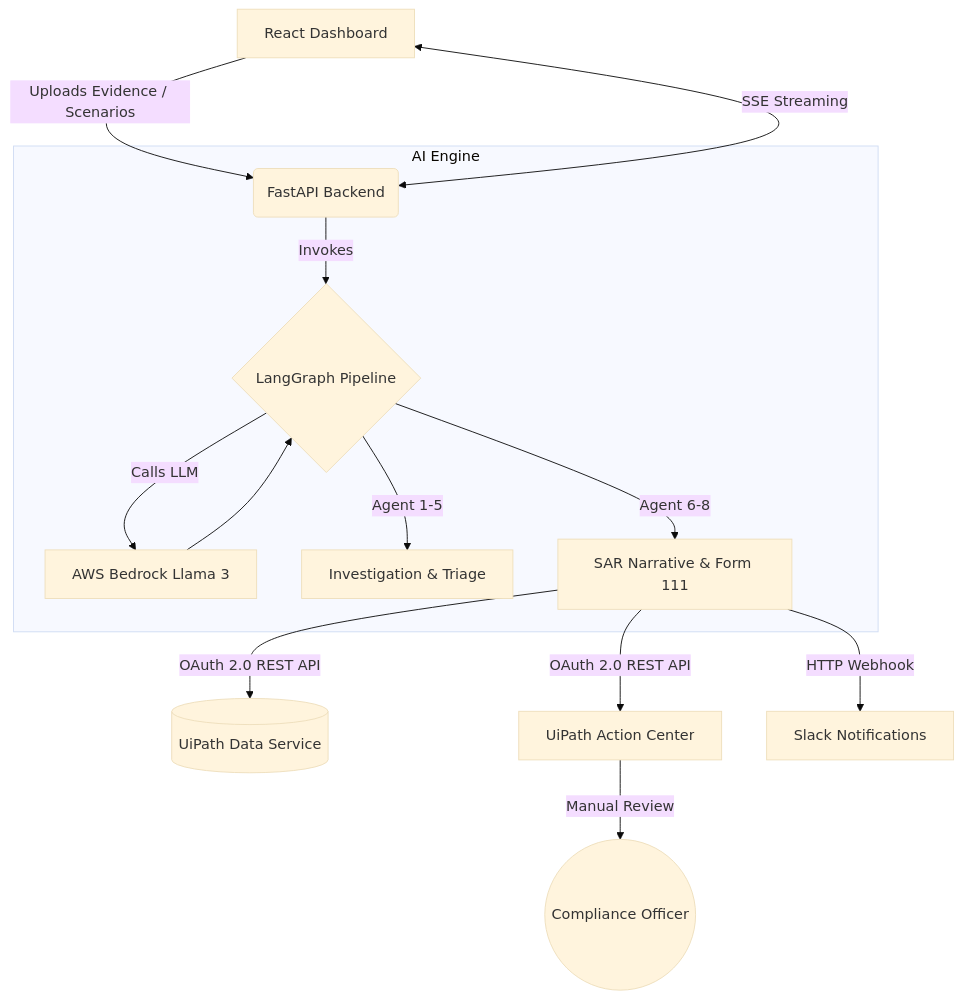
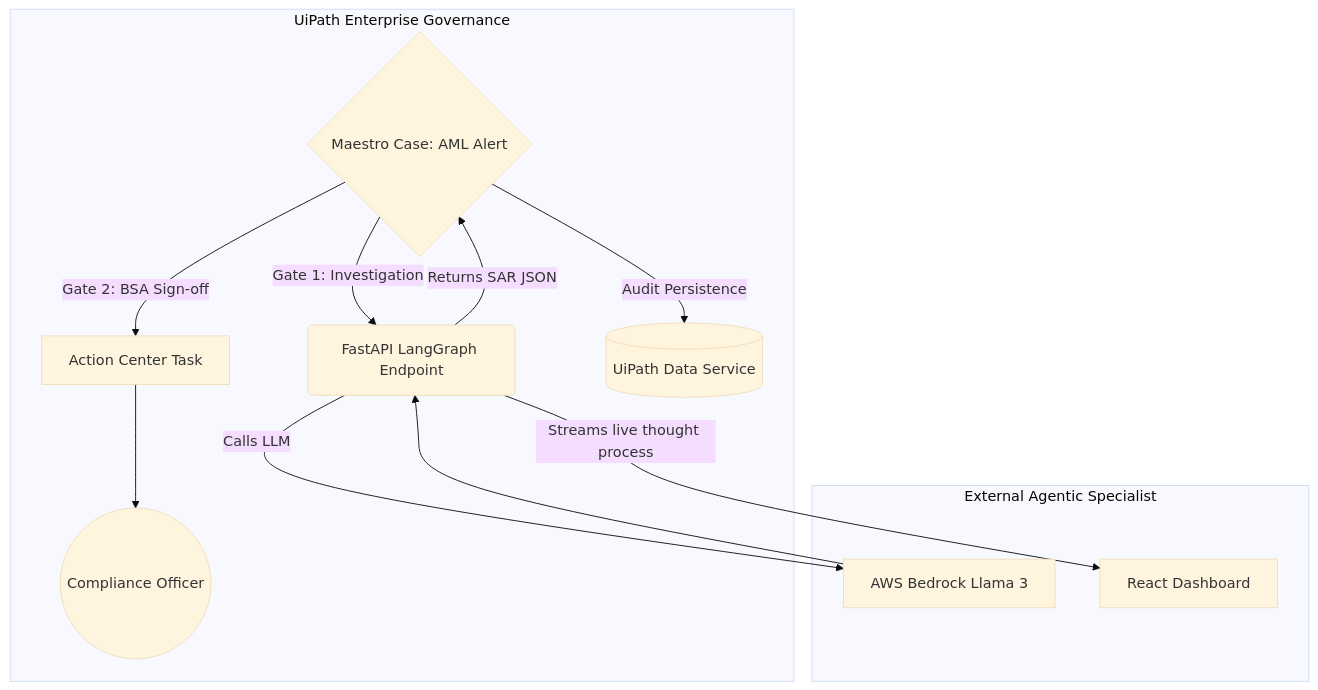
The diagram in README.md (anilchowdary07/SentinelFin), drawn with Mermaid (base theme) before and after one commit. The commit also changed other lines of this file and 2 other files, not shown here.

Commit message:
docs: redraw governed architecture diagram and extract coding agent bonus evidence

````diff
--- a/README.md
+++ b/README.md
@@ -25,19 +25,21 @@
 ```mermaid
 graph TD
-    A[React Dashboard] -->|Uploads Evidence / Scenarios| B(FastAPI Backend)
-    B <-->|SSE Streaming| A
-    
-    subgraph AI Engine
-        B -->|Invokes| C{LangGraph Pipeline}
-        C -->|Calls LLM| D[AWS Bedrock Llama 3]
-        D --> C
-        C -->|Agent 1-5| E[Investigation & Triage]
-        C -->|Agent 6-8| F[SAR Narrative & Form 111]
+    subgraph UiPath Enterprise Governance
+        M_Case{Maestro Case: AML Alert}
+        M_Case -->|Gate 1: Investigation| F_API
+        M_Case -->|Gate 2: BSA Sign-off| M_Action[Action Center Task]
+        M_Case -->|Audit Persistence| M_Data[(UiPath Data Service)]
+        
+        M_Action --> J((Compliance Officer))
     end
     
-    F -->|OAuth 2.0 REST API| G[(UiPath Data Service)]
-    F -->|OAuth 2.0 REST API| H[UiPath Action Center]
-    F -->|HTTP Webhook| I[Slack Notifications]
+    subgraph External Agentic Specialist
+        F_API(FastAPI LangGraph Endpoint)
+        F_API -->|Calls LLM| D[AWS Bedrock Llama 3]
+        D --> F_API
+        F_API -->|Streams live thought process| A[React Dashboard]
+    end
     
-    H -->|Manual Review| J((Compliance Officer))
+    %% The governed relationship: Maestro initiates, FastAPI returns.
+    F_API -->|Returns SAR JSON| M_Case
 ```
````
